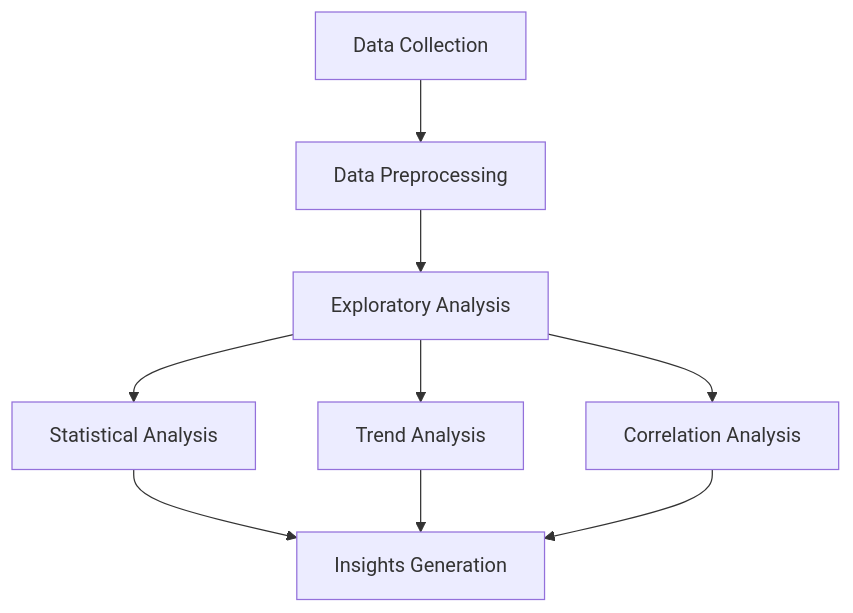
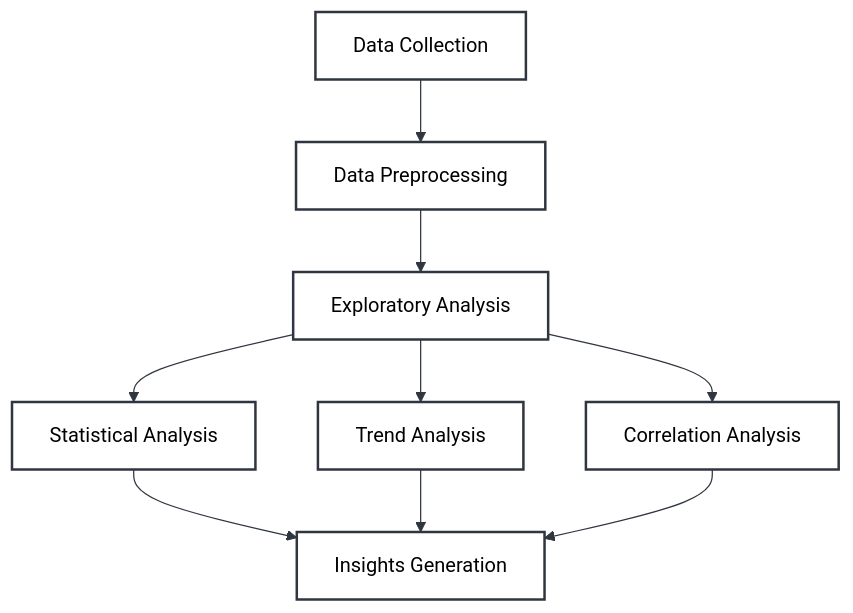
One commit to Izukushwaha/Movie-Scrapping-DA-Project changed the third of 5 diagrams in README.md. Above: the diagram before and after it, drawn with Mermaid. The commit also changed other lines of this file, not shown here.

````diff
--- a/README.md
+++ b/README.md
@@ -49,11 +50,20 @@
 ```mermaid
+%%{init: {'theme': 'base', 'themeVariables': { 'primaryColor': '#ffffff', 'primaryTextColor': '#000000', 'primaryBorderColor': '#2f3640', 'lineColor': '#2f3640', 'fontSize': '16px'}}}%%
 graph TD
     A[Data Collection] --> B[Data Preprocessing]
     B --> C[Exploratory Analysis]
     C --> D[Statistical Analysis]
     C --> E[Trend Analysis]
     C --> F[Correlation Analysis]
     D --> G[Insights Generation]
     E --> G
     F --> G
+    
+    style A fill:#ffffff,stroke:#2f3640,stroke-width:2px
+    style B fill:#ffffff,stroke:#2f3640,stroke-width:2px
+    style C fill:#ffffff,stroke:#2f3640,stroke-width:2px
+    style D fill:#ffffff,stroke:#2f3640,stroke-width:2px
+    style E fill:#ffffff,stroke:#2f3640,stroke-width:2px
+    style F fill:#ffffff,stroke:#2f3640,stroke-width:2px
+    style G fill:#ffffff,stroke:#2f3640,stroke-width:2px
 ```
````
